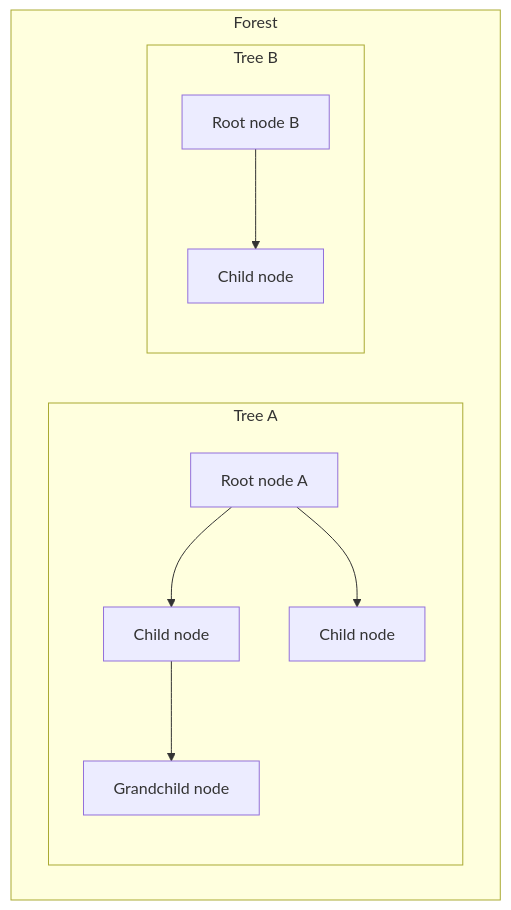
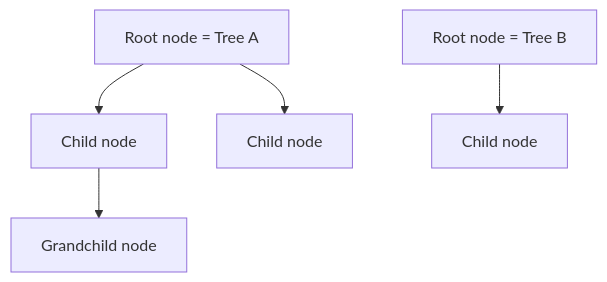
One commit to sfambach/wp-taxonomy-modeler changed the second of 3 diagrams in docs/plans/data-structure.md. Above: the diagram before and after it, drawn with Mermaid. The commit also changed other lines of this file and 9 other files, not shown here.

First line of the commit message:
Add Project object; define tree as root node only

````diff
--- a/docs/plans/data-structure.md
+++ b/docs/plans/data-structure.md
@@ -70,15 +90,9 @@
 ```mermaid
 flowchart TB
-  subgraph Forest
-    subgraph TreeA[Tree A]
-      R1[Root node A]
-      R1 --> C1[Child node]
-      R1 --> C2[Child node]
-      C1 --> G1[Grandchild node]
-    end
-    subgraph TreeB[Tree B]
-      R2[Root node B]
-      R2 --> C3[Child node]
-    end
-  end
+  R1[Root node = Tree A]
+  R1 --> C1[Child node]
+  R1 --> C2[Child node]
+  C1 --> G1[Grandchild node]
+  R2[Root node = Tree B]
+  R2 --> C3[Child node]
 ```
````
